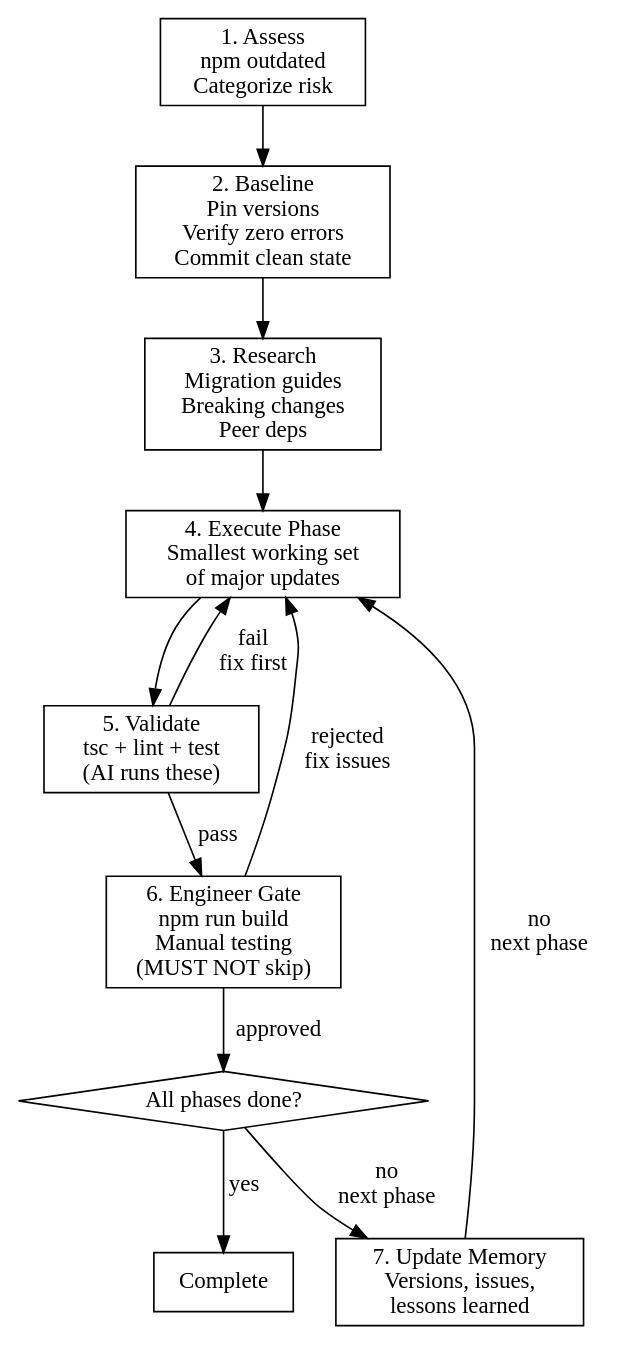
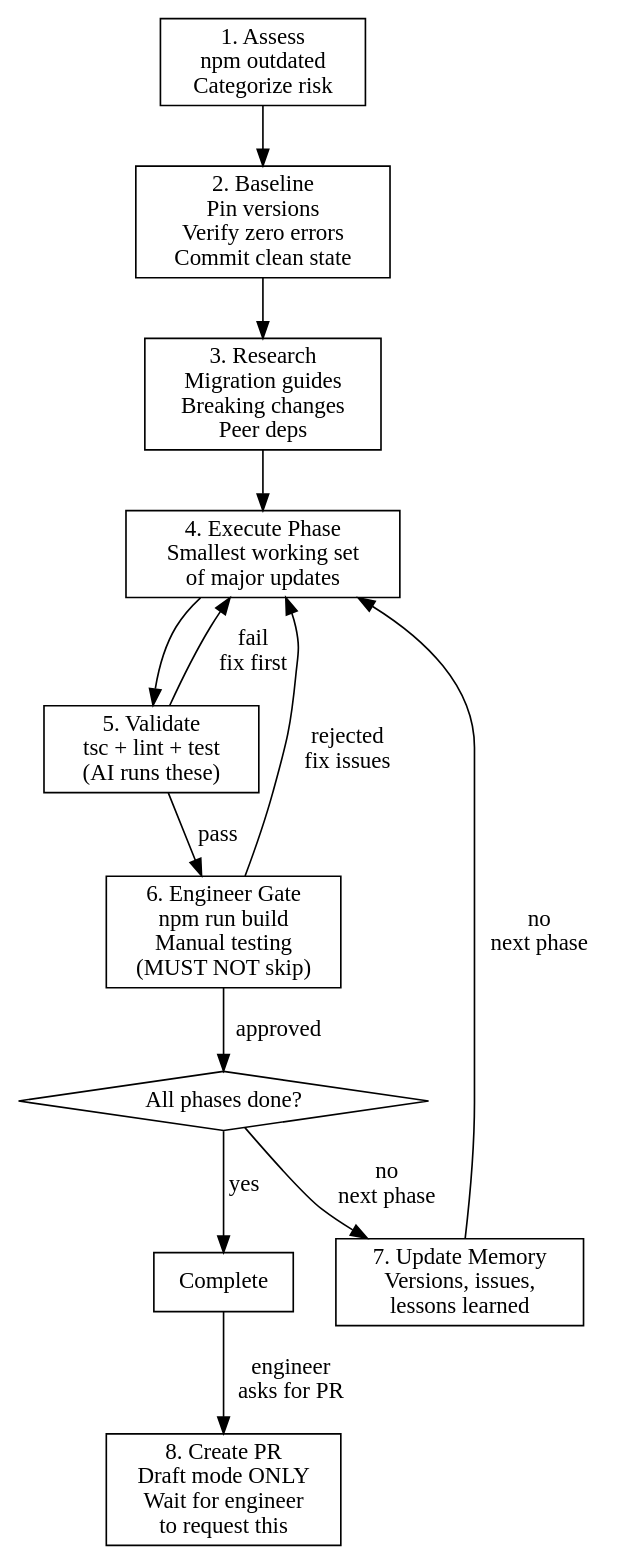
The diagram in nix/module/claude/config/skills/dependency-upgrades/SKILL.md (entorenee/dotfiles), drawn with Graphviz before and after one commit. The commit also changed other lines of this file, not shown here.

````diff
--- a/nix/module/claude/config/skills/dependency-upgrades/SKILL.md
+++ b/nix/module/claude/config/skills/dependency-upgrades/SKILL.md
@@ -23,24 +23,26 @@
 ```dot
 digraph upgrade_flow {
     rankdir=TB;
     node [shape=box];
 
     assess [label="1. Assess\nnpm outdated\nCategorize risk"];
     baseline [label="2. Baseline\nPin versions\nVerify zero errors\nCommit clean state"];
     research [label="3. Research\nMigration guides\nBreaking changes\nPeer deps"];
     phase [label="4. Execute Phase\nSmallest working set\nof major updates"];
     validate [label="5. Validate\ntsc + lint + test\n(AI runs these)"];
     engineer [label="6. Engineer Gate\nnpm run build\nManual testing\n(MUST NOT skip)"];
     done [label="All phases done?" shape=diamond];
     memory [label="7. Update Memory\nVersions, issues,\nlessons learned"];
     complete [label="Complete"];
 
     assess -> baseline -> research -> phase -> validate;
     validate -> engineer [label="pass"];
     validate -> phase [label="fail\nfix first"];
     engineer -> done [label="approved"];
     engineer -> phase [label="rejected\nfix issues"];
     done -> memory -> phase [label="no\nnext phase"];
     done -> complete [label="yes"];
+    complete -> pr [label="engineer\nasks for PR"];
+    pr [label="8. Create PR\nDraft mode ONLY\nWait for engineer\nto request this"];
 }
 ```
````
